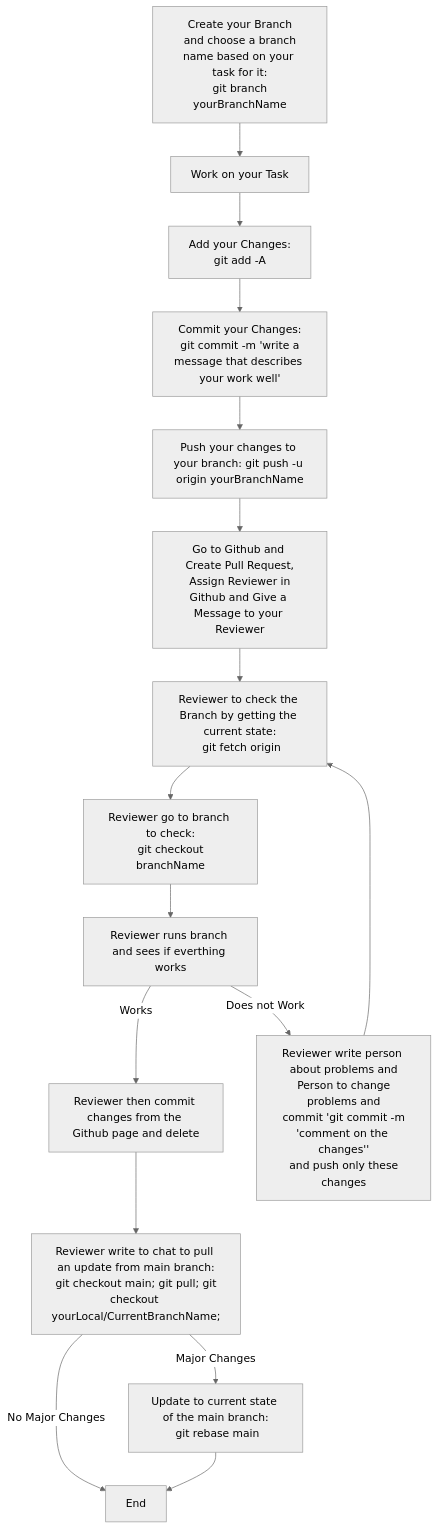
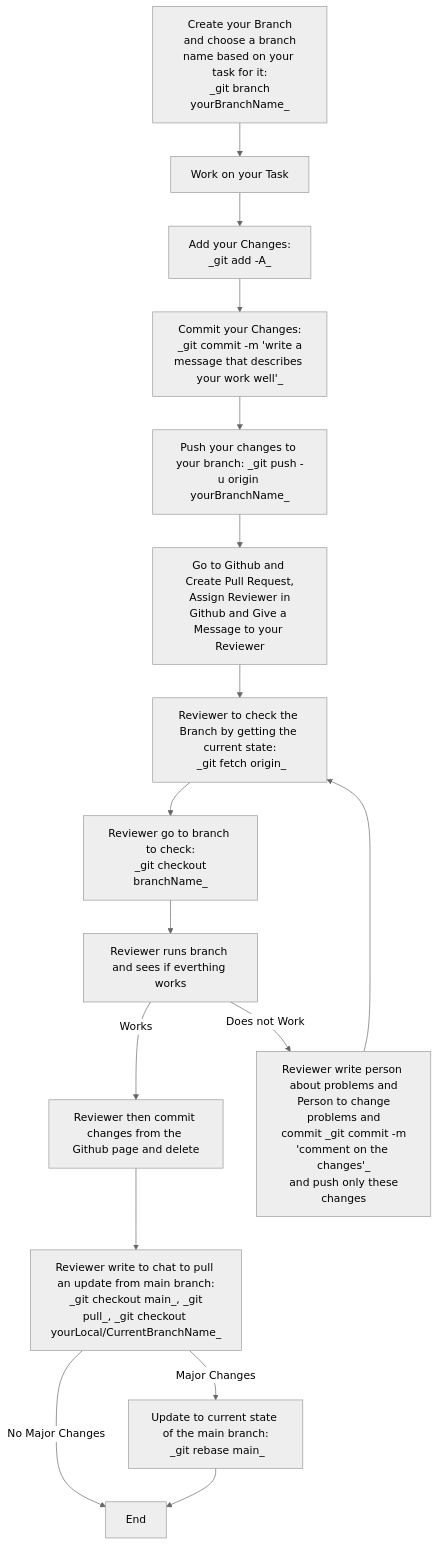
Before and after one commit to Piviwo/rail-travel-time: the diagram in WORKFLOW.md, drawn with Mermaid (neutral theme).

````diff
--- a/WORKFLOW.md
+++ b/WORKFLOW.md
@@ -2,21 +2,21 @@
 ```mermaid
 flowchart TB;
-    A[Create your Branch\n and choose a branch name based on your task for it:\n git branch yourBranchName] --> B[Work on your Task];
-     B --> C[Add your Changes:\n git add -A];
-    C --> D[Commit your Changes:\n git commit -m 'write a message that describes your work well'];
-    D --> E[Push your changes to your branch: git push -u origin yourBranchName];
+    A[Create your Branch\n and choose a branch name based on your task for it:\n _git branch yourBranchName_] --> B[Work on your Task];
+     B --> C[Add your Changes:\n _git add -A_];
+    C --> D[Commit your Changes:\n _git commit -m 'write a message that describes your work well'_];
+    D --> E[Push your changes to your branch: _git push -u origin yourBranchName_];
     E --> F[Go to Github and Create Pull Request,\n Assign Reviewer in Github and Give a Message to your Reviewer];
-    F --> G[Reviewer to check the Branch by getting the current state:\n git fetch origin];
-    G --> H[Reviewer go to branch to check:\n git checkout branchName];
+    F --> G[Reviewer to check the Branch by getting the current state:\n _git fetch origin_];
+    G --> H[Reviewer go to branch to check:\n _git checkout branchName_];
     H --> I[Reviewer runs branch and sees if everthing works];
     I -->|Works| J[Reviewer then commit changes from the Github page and delete];
-    I -->|Does not Work| M[Reviewer write person about problems and\n Person to change problems and\n commit 'git commit -m 'comment on the changes''\n and push only these changes];
-    J --> K[Reviewer write to chat to pull an update from main branch:\n git checkout main; git pull; git checkout yourLocal/CurrentBranchName;];
-    K -- Major Changes --> L[Update to current state of the main branch:\n git rebase main];
+    I -->|Does not Work| M[Reviewer write person about problems and\n Person to change problems and\n commit _git commit -m 'comment on the changes'_\n and push only these changes];
+    J --> K[Reviewer write to chat to pull an update from main branch:\n _git checkout main_, _git pull_, _git checkout yourLocal/CurrentBranchName_];
+    K -- Major Changes --> L[Update to current state of the main branch:\n _git rebase main_];
     K -- No Major Changes --> N[End];
     L --> N;
     M --> G;
     
    
 
 ```
````
